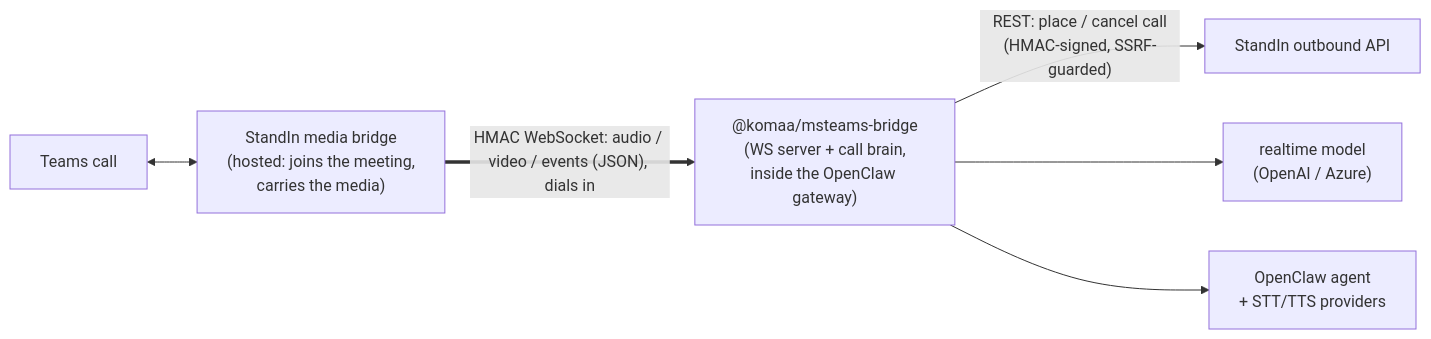
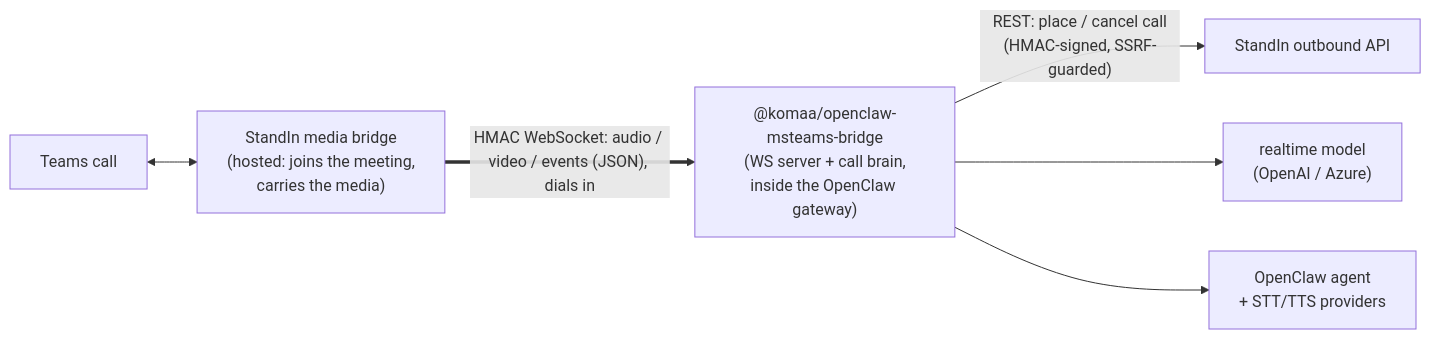
One commit to komaa-com/openclaw-msteams-bridge changed the first of 3 diagrams in website/src/content/docs/architecture.md. Above: the diagram before and after it, drawn with Mermaid. The commit also changed other lines of this file and 14 other files, not shown here.

First line of the commit message:
chore: rename npm package to @komaa/openclaw-msteams-bridge (v0.1.15)

````diff
--- a/website/src/content/docs/architecture.md
+++ b/website/src/content/docs/architecture.md
@@ -18,15 +18,15 @@
 ```mermaid
 flowchart LR
     Teams["Teams call"]
     StandIn["StandIn media bridge<br/>(hosted: joins the meeting,<br/>carries the media)"]
-    Plugin["@komaa/msteams-bridge<br/>(WS server + call brain,<br/>inside the OpenClaw gateway)"]
+    Plugin["@komaa/openclaw-msteams-bridge<br/>(WS server + call brain,<br/>inside the OpenClaw gateway)"]
     Outbound["StandIn outbound API"]
     Model["realtime model<br/>(OpenAI / Azure)"]
     Agent["OpenClaw agent<br/>+ STT/TTS providers"]
 
     Teams <--> StandIn
     StandIn == "HMAC WebSocket: audio / video / events (JSON), dials in" ==> Plugin
     Plugin -- "REST: place / cancel call<br/>(HMAC-signed, SSRF-guarded)" --> Outbound
     Plugin --> Model
     Plugin --> Agent
 ```
````
